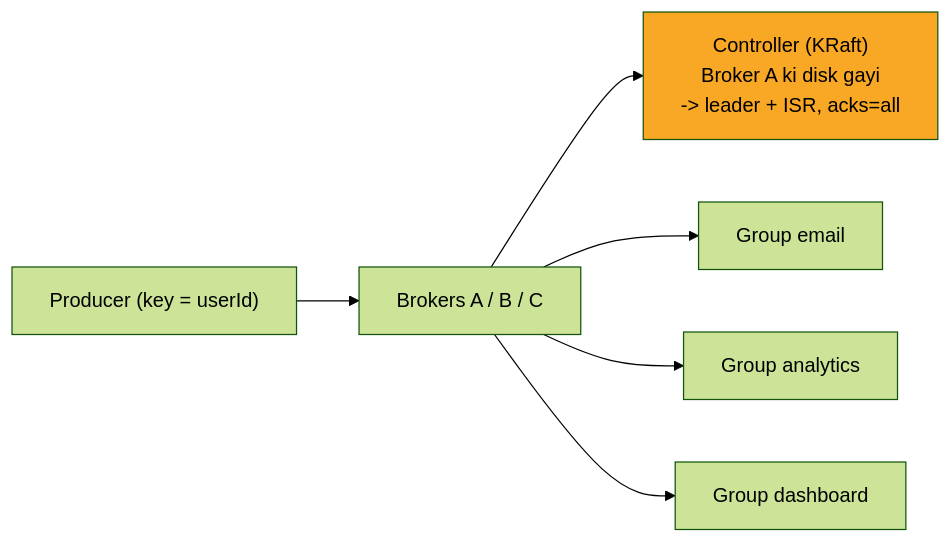
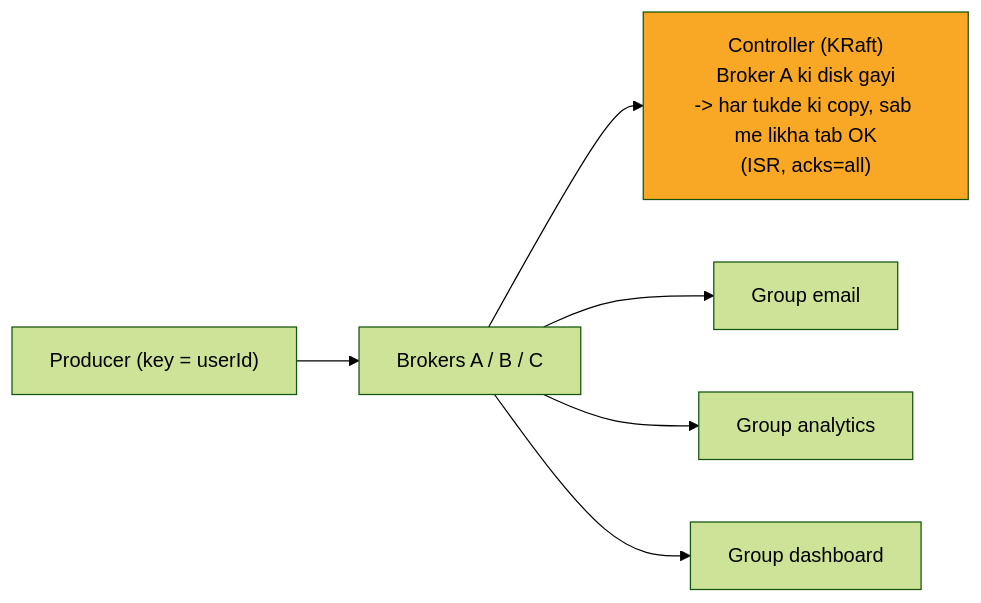
Before and after one commit to ArpanMaheshwari144/Prep: the seventh of 12 diagrams in 04_HLD/SYSTEM_DESIGNS/12_message_queue_kafka/12_message_queue_kafka.md, drawn with Mermaid (forest theme). The commit also changed other lines of this file and 13 other files, not shown here.

````diff
--- a/04_HLD/SYSTEM_DESIGNS/12_message_queue_kafka/12_message_queue_kafka.md
+++ b/04_HLD/SYSTEM_DESIGNS/12_message_queue_kafka/12_message_queue_kafka.md
@@ -218,15 +218,15 @@
 ```mermaid
 flowchart LR
     n_P["Producer (key = userId)"]
     n_B["Brokers A / B / C"]
-    n_K["Controller (KRaft)<br/>Broker A ki disk gayi<br/>-> leader + ISR, acks=all"]
+    n_K["Controller (KRaft)<br/>Broker A ki disk gayi<br/>-> har tukde ki copy, sab me likha tab OK<br/>(ISR, acks=all)"]
     n_GE["Group email"]
     n_GA["Group analytics"]
     n_GD["Group dashboard"]
     n_P --> n_B
     n_B --> n_K
     n_B --> n_GE
     n_B --> n_GA
     n_B --> n_GD
     style n_K fill:#f9a825,color:#000
 ```
````
